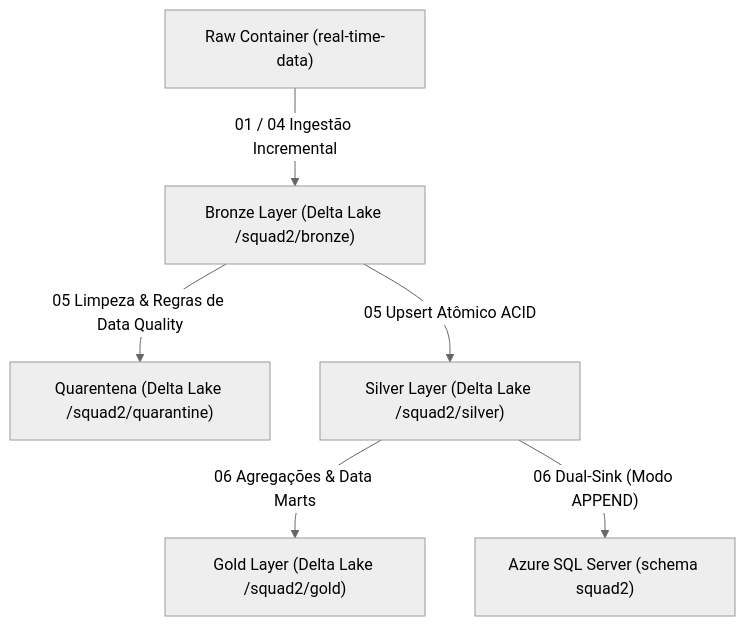
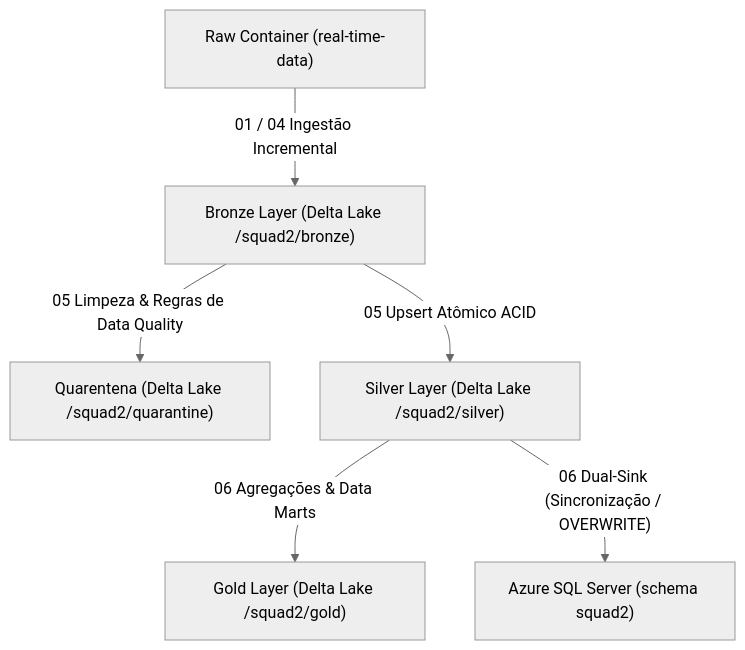
Before and after one commit to GeovanyADCancio/estagio-empregadados-turma-2: the second of 2 diagrams in squad2/README.md, drawn with Mermaid (neutral theme). The commit also changed other lines of this file and 1 other file, not shown here.

First line of the commit message:
refactor(gold): adotar modo overwrite sincronizado para evitar inchaço e duplicatas

````diff
--- a/squad2/README.md
+++ b/squad2/README.md
@@ -95,8 +95,8 @@
 ```mermaid
 flowchart TD
     RAW["Raw Container (real-time-data)"] -->|"01 / 04 Ingestão Incremental"| BRONZE["Bronze Layer (Delta Lake /squad2/bronze)"]
     BRONZE -->|"05 Limpeza & Regras de Data Quality"| QUARANTINE["Quarentena (Delta Lake /squad2/quarantine)"]
     BRONZE -->|"05 Upsert Atômico ACID"| SILVER["Silver Layer (Delta Lake /squad2/silver)"]
     SILVER -->|"06 Agregações & Data Marts"| GOLD_LAKE["Gold Layer (Delta Lake /squad2/gold)"]
-    SILVER -->|"06 Dual-Sink (Modo APPEND)"| SQL_DB["Azure SQL Server (schema squad2)"]
+    SILVER -->|"06 Dual-Sink (Sincronização / OVERWRITE)"| SQL_DB["Azure SQL Server (schema squad2)"]
 ```
````
